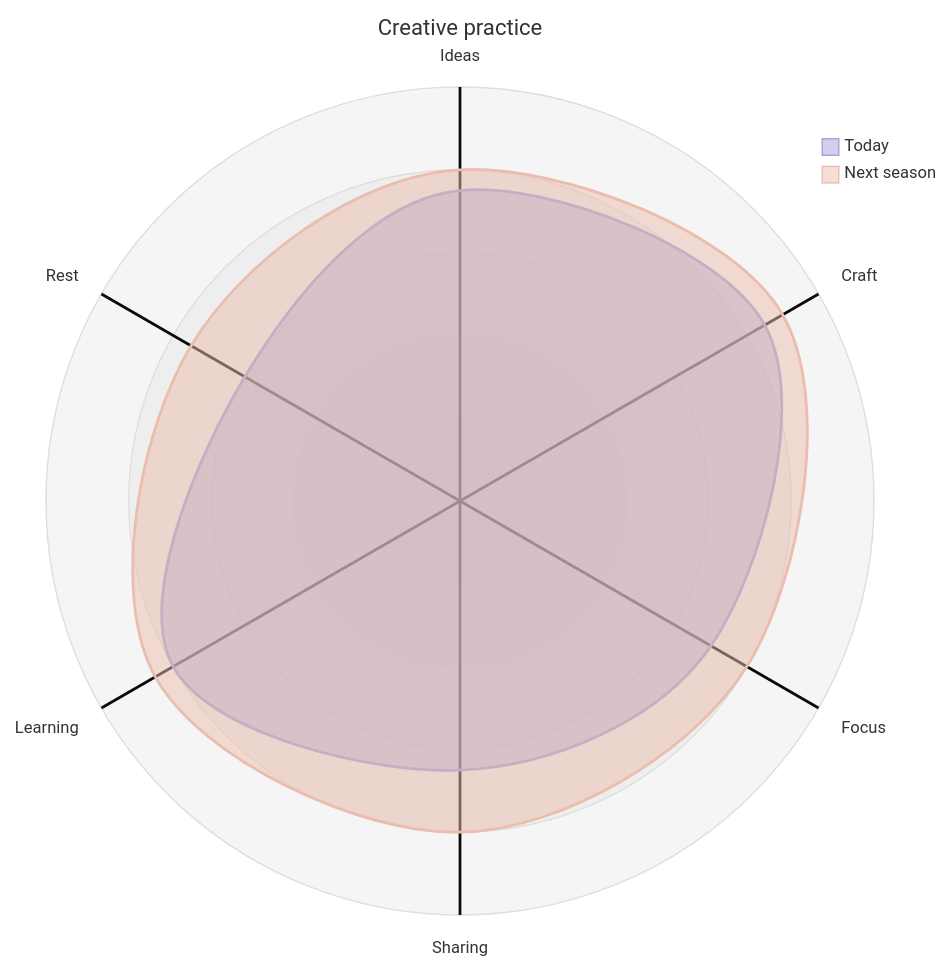
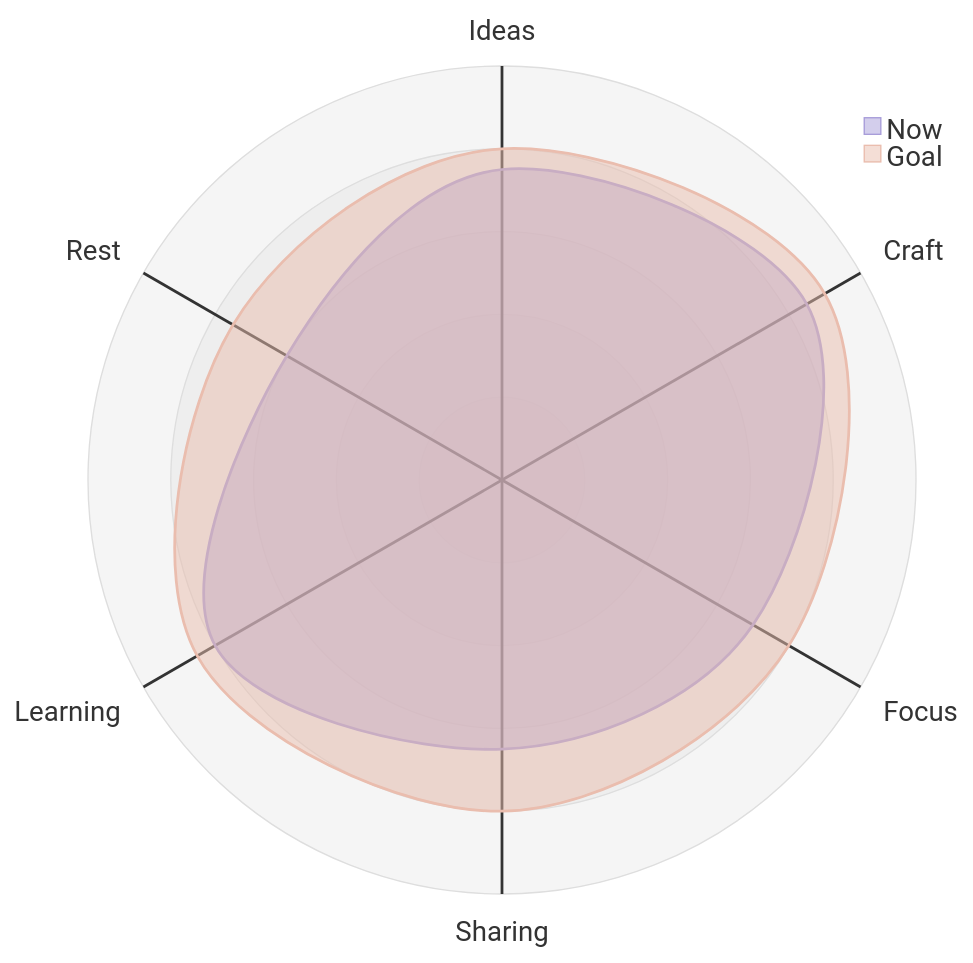
Before and after one commit to ThorFuchs/Swift-Mermaid: the diagram in Examples/MermaidGallery/Sources/GalleryContent/Diagrams/radar.mmd, drawn with Mermaid. The commit also changed 32 other files, not shown here.

Commit message:
Polish diagram gallery and release 0.1.5

```diff
--- a/Examples/MermaidGallery/Sources/GalleryContent/Diagrams/radar.mmd
+++ b/Examples/MermaidGallery/Sources/GalleryContent/Diagrams/radar.mmd
@@ -1,9 +1,8 @@
-%%{init: {'theme':'base','themeVariables':{'cScale0':'#A89DD9','cScale1':'#EABDAE','cScale2':'#A8D1C1','cScale3':'#B7CAE9','cScale4':'#E5D09D','cScaleLabel0':'#242436','cScaleLabel1':'#242436','cScaleLabel2':'#242436','cScaleLabel3':'#242436','cScaleLabel4':'#242436','git0':'#8F80C9','git1':'#DA9E8C','git2':'#79B29E','gitBranchLabel0':'#FFFFFF','gitBranchLabel1':'#FFFFFF','gitBranchLabel2':'#FFFFFF'}}}%%
+%%{init: {'theme':'base','themeVariables':{'cScale0':'#A89DD9','cScale1':'#EABDAE','cScale2':'#A8D1C1','cScale3':'#B7CAE9','cScale4':'#E5D09D','cScaleLabel0':'#242436','cScaleLabel1':'#242436','cScaleLabel2':'#242436','cScaleLabel3':'#242436','cScaleLabel4':'#242436','fontSize':'20px','radar':{'axisLabelFontSize':'20px','legendFontSize':'18px','legendBoxSize':16},'git0':'#8F80C9','git1':'#DA9E8C','git2':'#79B29E','gitBranchLabel0':'#FFFFFF','gitBranchLabel1':'#FFFFFF','gitBranchLabel2':'#FFFFFF'}}}%%
 radar-beta
-    title Creative practice
     axis ideas["Ideas"], craft["Craft"], focus["Focus"]
     axis sharing["Sharing"], learning["Learning"], rest["Rest"]
-    curve now["Today"]{75, 85, 70, 65, 80, 60}
-    curve goal["Next season"]{80, 90, 80, 80, 85, 75}
+    curve now["Now"]{75, 85, 70, 65, 80, 60}
+    curve goal["Goal"]{80, 90, 80, 80, 85, 75}
     max 100
     min 0
```
